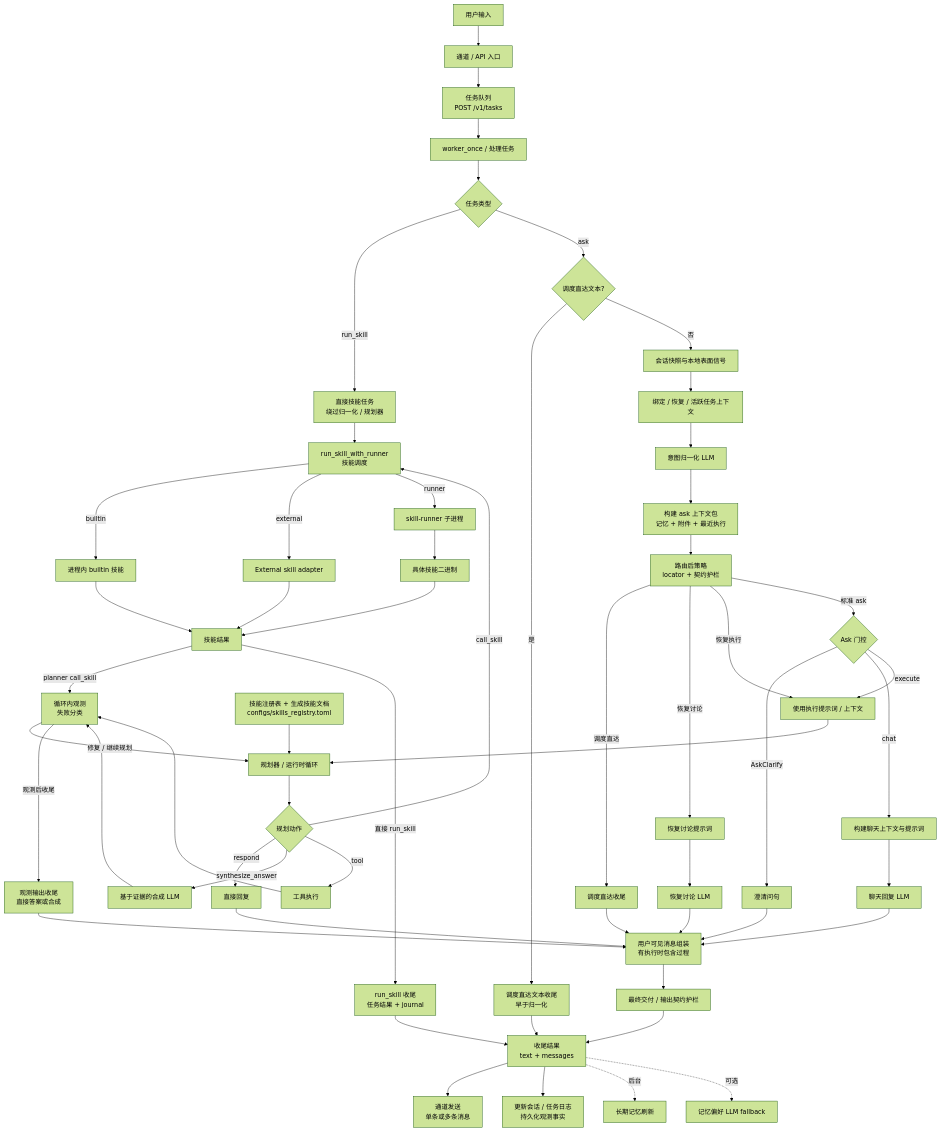
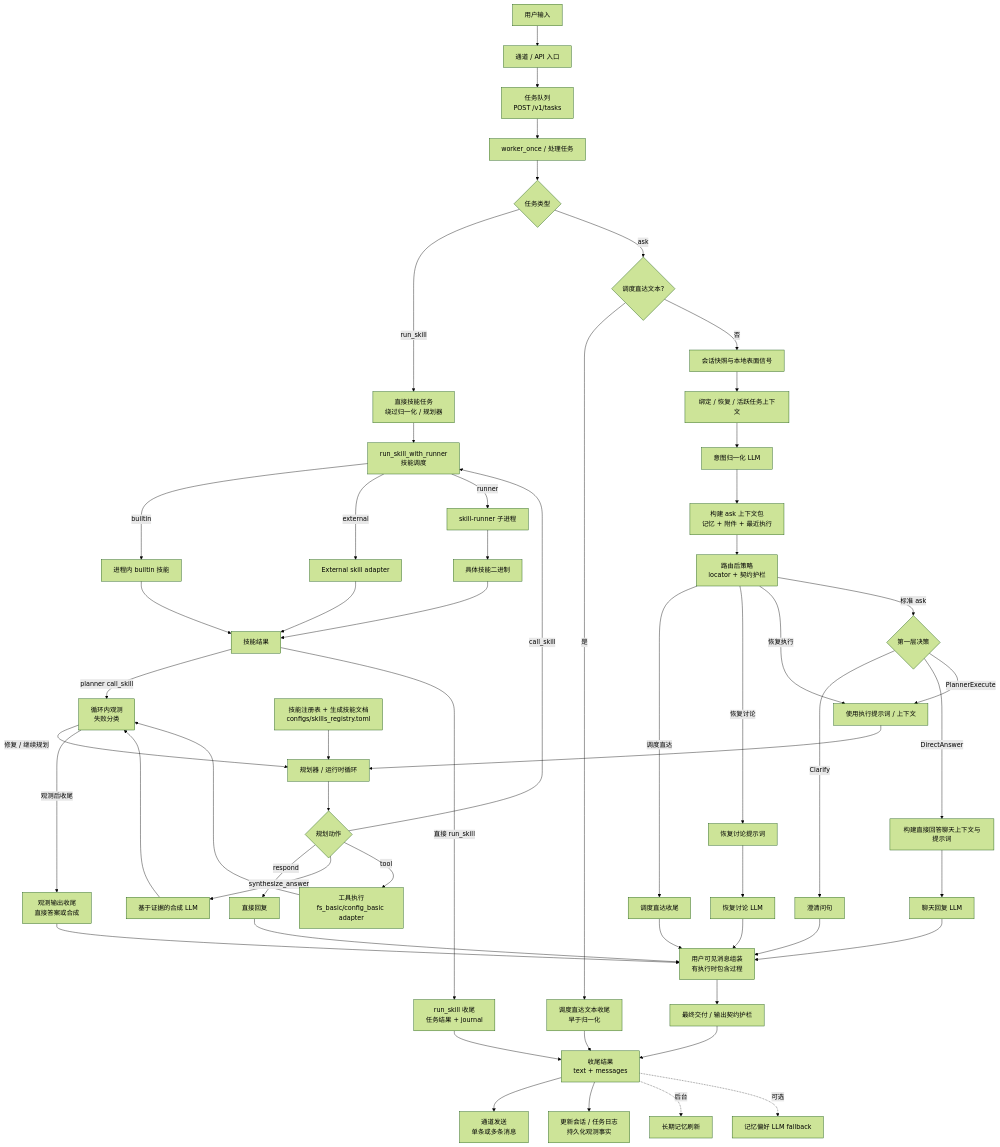
Before and after one commit to MatrixCoreX/RustClaw: the first of 2 diagrams in README.zh-CN.md, drawn with Mermaid (forest theme). The commit also changed other lines of this file and 75 other files, not shown here.

````diff
--- a/README.zh-CN.md
+++ b/README.zh-CN.md
@@ -28,59 +28,59 @@
 ```mermaid
 flowchart TD
     A[用户输入] --> B[通道 / API 入口]
     B --> B1[任务队列<br/>POST /v1/tasks]
     B1 --> B2[worker_once / 处理任务]
     B2 --> B3{任务类型}
     B3 -->|run_skill| RS[直接技能任务<br/>绕过归一化 / 规划器]
     B3 -->|ask| C0{调度直达文本?}
     C0 -->|是| SD0[调度直达文本收尾<br/>早于归一化]
     C0 -->|否| C[会话快照与本地表面信号]
     C --> D[绑定 / 恢复 / 活跃任务上下文]
     D --> E[意图归一化 LLM]
     E --> EC[构建 ask 上下文包<br/>记忆 + 附件 + 最近执行]
     EC --> E2[路由后策略<br/>locator + 契约护栏]
     E2 -->|调度直达| SD[调度直达收尾]
     E2 -->|恢复讨论| RD[恢复讨论提示词]
     E2 -->|恢复执行| H
-    E2 -->|标准 ask| F{Ask 门控}
-    F -->|AskClarify| G[澄清问句]
-    F -->|chat| CH[构建聊天上下文与提示词]
+    E2 -->|标准 ask| F{第一层决策}
+    F -->|Clarify| G[澄清问句]
+    F -->|DirectAnswer| CH[构建直接回答聊天上下文与提示词]
     CH --> CR[聊天回复 LLM]
-    F -->|execute| H[使用执行提示词 / 上下文]
+    F -->|PlannerExecute| H[使用执行提示词 / 上下文]
     SK[技能注册表 + 生成技能文档<br/>configs/skills_registry.toml] --> I
     H --> I[规划器 / 运行时循环]
     I --> L{规划动作}
     L -->|respond| M[直接回复]
     L -->|synthesize_answer| SS[基于证据的合成 LLM]
-    L -->|tool| N[工具执行]
+    L -->|tool| N[工具执行<br/>fs_basic/config_basic adapter]
     L -->|call_skill| N1[run_skill_with_runner<br/>技能调度]
     RS --> N1
     N1 -->|builtin| N1B[进程内 builtin 技能]
     N1 -->|external| N1E[External skill adapter]
     N1 -->|runner| N2[skill-runner 子进程]
     N2 --> N3[具体技能二进制]
     N1B --> SR[技能结果]
     N1E --> SR
     N3 --> SR
     SR -->|planner call_skill| P
     SR -->|直接 run_skill| RSK[run_skill 收尾<br/>任务结果 + journal]
     N --> P[循环内观测<br/>失败分类]
     SS --> P
     P -->|修复 / 继续规划| I
     P -->|观测后收尾| OF[观测输出收尾<br/>直接答案或合成]
     M --> VP[用户可见消息组装<br/>有执行时包含过程]
     CR --> VP
     G --> VP
     OF --> VP
     SD --> VP
     RD --> RDL[恢复讨论 LLM]
     RDL --> VP
     VP --> Q[最终交付 / 输出契约护栏]
     Q --> R[收尾结果<br/>text + messages]
     SD0 --> R
     RSK --> R
     R --> S[通道发送<br/>单条或多条消息]
     R --> T[更新会话 / 任务日志<br/>持久化观测事实]
     R -. 后台 .-> U[长期记忆刷新]
     R -. 可选 .-> V[记忆偏好 LLM fallback]
 ```
````
